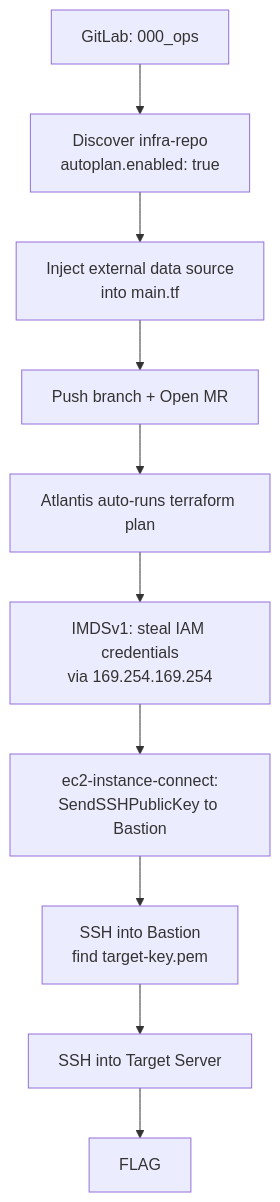
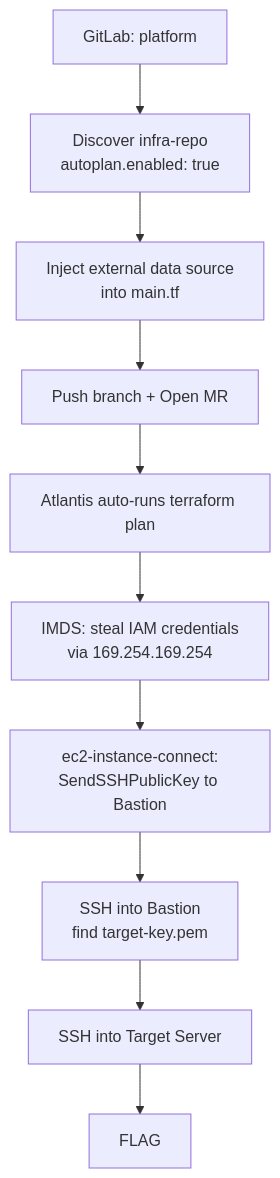
The diagram in scenarios/aws/03-supply-chain/cicd-eic-pivot/README.md (Beaver-Dam-Community/GnawLab), drawn with Mermaid before and after one commit. The commit also changed other lines of this file and 5 other files, not shown here.

````diff
--- a/scenarios/aws/03-supply-chain/cicd-eic-pivot/README.md
+++ b/scenarios/aws/03-supply-chain/cicd-eic-pivot/README.md
@@ -75,12 +103,12 @@
 ```mermaid
 flowchart TB
-    A[GitLab: 000_ops] --> B[Discover infra-repo\nautoplan.enabled: true]
+    A[GitLab: platform] --> B[Discover infra-repo\nautoplan.enabled: true]
     B --> C[Inject external data source\ninto main.tf]
     C --> D[Push branch + Open MR]
     D --> E[Atlantis auto-runs terraform plan]
-    E --> F[IMDSv1: steal IAM credentials\nvia 169.254.169.254]
+    E --> F[IMDS: steal IAM credentials\nvia 169.254.169.254]
     F --> G[ec2-instance-connect:\nSendSSHPublicKey to Bastion]
     G --> H[SSH into Bastion\nfind target-key.pem]
     H --> I[SSH into Target Server]
     I --> J[FLAG]
 ```
````
